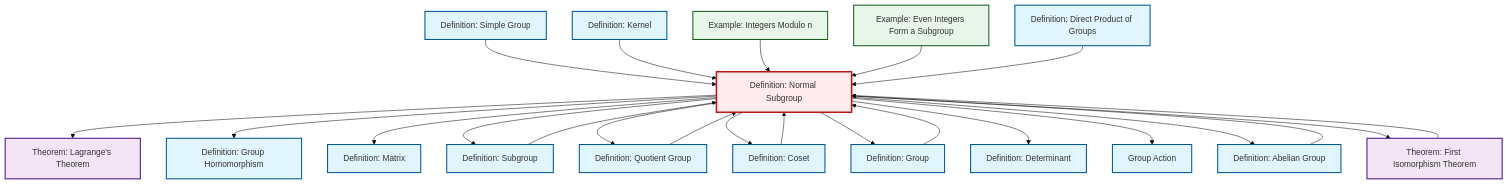
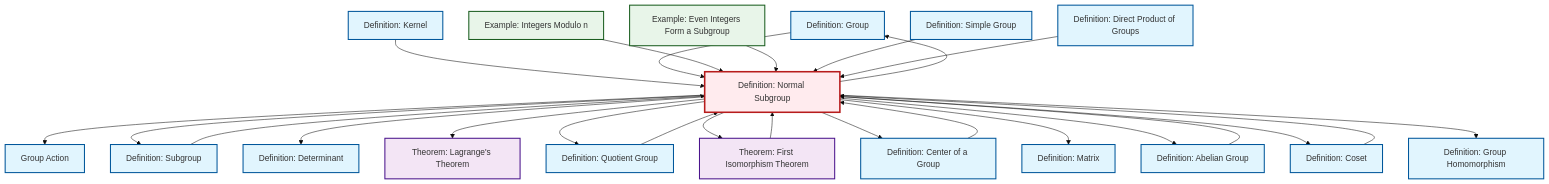
One commit to RK0429/ModernMath changed the diagram in content/ja/algebra/def-normal-subgroup.qmd. Above: the diagram before and after it, drawn with Mermaid (base theme). The commit also changed other lines of this file and 634 other files, not shown here.

````diff
--- a/content/ja/algebra/def-normal-subgroup.qmd
+++ b/content/ja/algebra/def-normal-subgroup.qmd
@@ -97,65 +97,69 @@
 ```{mermaid}
 %%| fig-cap: "Local dependency graph"
 graph TD
     classDef definition fill:#e1f5fe,stroke:#01579b,stroke-width:2px
     classDef theorem fill:#f3e5f5,stroke:#4a148c,stroke-width:2px
     classDef axiom fill:#fff3e0,stroke:#e65100,stroke-width:2px
     classDef example fill:#e8f5e9,stroke:#1b5e20,stroke-width:2px
     classDef current fill:#ffebee,stroke:#b71c1c,stroke-width:3px
-    def-normal-subgroup["Definition: Normal Subgroup"]:::definition
+    def-group["Definition: Group"]:::definition
     def-abelian-group["Definition: Abelian Group"]:::definition
     thm-lagrange["Theorem: Lagrange's Theorem"]:::theorem
-    def-group["Definition: Group"]:::definition
+    def-simple-group["Definition: Simple Group"]:::definition
+    def-center-of-group["Definition: Center of a Group"]:::definition
+    def-quotient-group["Definition: Quotient Group"]:::definition
+    def-subgroup["Definition: Subgroup"]:::definition
+    def-normal-subgroup["Definition: Normal Subgroup"]:::definition
+    ex-even-integers-subgroup["Example: Even Integers Form a Subgroup"]:::example
+    def-direct-product["Definition: Direct Product of Groups"]:::definition
+    ex-quotient-integers-mod-n["Example: Integers Modulo n"]:::example
     def-determinant["Definition: Determinant"]:::definition
+    def-group-action["Group Action"]:::definition
     def-kernel["Definition: Kernel"]:::definition
-    def-subgroup["Definition: Subgroup"]:::definition
+    def-homomorphism["Definition: Group Homomorphism"]:::definition
+    def-coset["Definition: Coset"]:::definition
+    def-matrix["Definition: Matrix"]:::definition
     thm-first-isomorphism["Theorem: First Isomorphism Theorem"]:::theorem
-    def-quotient-group["Definition: Quotient Group"]:::definition
-    ex-even-integers-subgroup["Example: Even Integers Form a Subgroup"]:::example
-    def-coset["Definition: Coset"]:::definition
-    ex-quotient-integers-mod-n["Example: Integers Modulo n"]:::example
-    def-homomorphism["Definition: Group Homomorphism"]:::definition
-    def-matrix["Definition: Matrix"]:::definition
-    def-simple-group["Definition: Simple Group"]:::definition
-    def-group-action["Group Action"]:::definition
-    def-direct-product["Definition: Direct Product of Groups"]:::definition
+    def-normal-subgroup --> def-group-action
+    def-normal-subgroup --> def-group
+    def-subgroup --> def-normal-subgroup
+    def-kernel --> def-normal-subgroup
+    def-group --> def-normal-subgroup
+    def-normal-subgroup --> def-subgroup
+    def-normal-subgroup --> def-determinant
     def-normal-subgroup --> thm-lagrange
+    def-coset --> def-normal-subgroup
+    def-quotient-group --> def-normal-subgroup
+    ex-quotient-integers-mod-n --> def-normal-subgroup
+    ex-even-integers-subgroup --> def-normal-subgroup
+    def-normal-subgroup --> def-quotient-group
+    def-normal-subgroup --> thm-first-isomorphism
+    def-abelian-group --> def-normal-subgroup
+    thm-first-isomorphism --> def-normal-subgroup
+    def-normal-subgroup --> def-center-of-group
+    def-normal-subgroup --> def-matrix
+    def-normal-subgroup --> def-abelian-group
     def-simple-group --> def-normal-subgroup
-    def-coset --> def-normal-subgroup
+    def-normal-subgroup --> def-coset
+    def-center-of-group --> def-normal-subgroup
+    def-direct-product --> def-normal-subgroup
     def-normal-subgroup --> def-homomorphism
-    def-abelian-group --> def-normal-subgroup
-    def-kernel --> def-normal-subgroup
-    def-normal-subgroup --> def-matrix
-    def-normal-subgroup --> def-subgroup
-    ex-quotient-integers-mod-n --> def-normal-subgroup
-    def-normal-subgroup --> def-quotient-group
-    thm-first-isomorphism --> def-normal-subgroup
-    def-normal-subgroup --> def-coset
-    def-quotient-group --> def-normal-subgroup
-    def-normal-subgroup --> def-group
-    ex-even-integers-subgroup --> def-normal-subgroup
-    def-group --> def-normal-subgroup
-    def-normal-subgroup --> def-determinant
-    def-subgroup --> def-normal-subgroup
-    def-normal-subgroup --> def-group-action
-    def-normal-subgroup --> def-abelian-group
-    def-direct-product --> def-normal-subgroup
-    def-normal-subgroup --> thm-first-isomorphism
     class def-normal-subgroup current
+    click def-group "def-group.html" "Definition: Groupへ"
     click def-abelian-group "def-abelian-group.html" "Definition: Abelian Groupへ"
     click thm-lagrange "thm-lagrange.html" "Theorem: Lagrange's Theoremへ"
-    click def-group "def-group.html" "Definition: Groupへ"
+    click def-simple-group "def-simple-group.html" "Definition: Simple Groupへ"
+    click def-center-of-group "def-center-of-group.html" "Definition: Center of a Groupへ"
+    click def-quotient-group "def-quotient-group.html" "Definition: Quotient Groupへ"
+    click def-subgroup "def-subgroup.html" "Definition: Subgroupへ"
+    click ex-even-integers-subgroup "ex-even-integers-subgroup.html" "Example: Even Integers Form a Subgroupへ"
+    click def-direct-product "def-direct-product.html" "Definition: Direct Product of Groupsへ"
+    click ex-quotient-integers-mod-n "ex-quotient-integers-mod-n.html" "Example: Integers Modulo nへ"
     click def-determinant "def-determinant.html" "Definition: Determinantへ"
+    click def-group-action "def-group-action.html" "Group Actionへ"
     click def-kernel "def-kernel.html" "Definition: Kernelへ"
-    click def-subgroup "def-subgroup.html" "Definition: Subgroupへ"
+    click def-homomorphism "def-homomorphism.html" "Definition: Group Homomorphismへ"
+    click def-coset "def-coset.html" "Definition: Cosetへ"
+    click def-matrix "def-matrix.html" "Definition: Matrixへ"
     click thm-first-isomorphism "thm-first-isomorphism.html" "Theorem: First Isomorphism Theoremへ"
-    click def-quotient-group "def-quotient-group.html" "Definition: Quotient Groupへ"
-    click ex-even-integers-subgroup "ex-even-integers-subgroup.html" "Example: Even Integers Form a Subgroupへ"
-    click def-coset "def-coset.html" "Definition: Cosetへ"
-    click ex-quotient-integers-mod-n "ex-quotient-integers-mod-n.html" "Example: Integers Modulo nへ"
-    click def-homomorphism "def-homomorphism.html" "Definition: Group Homomorphismへ"
-    click def-matrix "def-matrix.html" "Definition: Matrixへ"
-    click def-simple-group "def-simple-group.html" "Definition: Simple Groupへ"
-    click def-group-action "def-group-action.html" "Group Actionへ"
-    click def-direct-product "def-direct-product.html" "Definition: Direct Product of Groupsへ"
 ```
````
